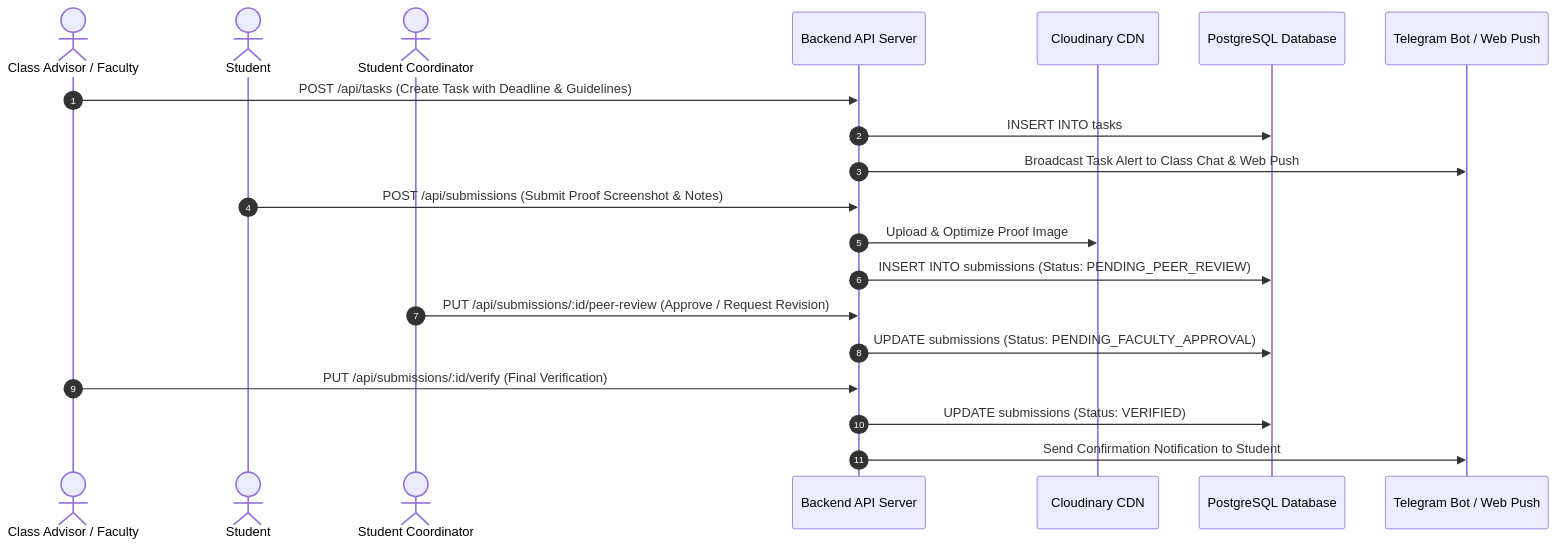
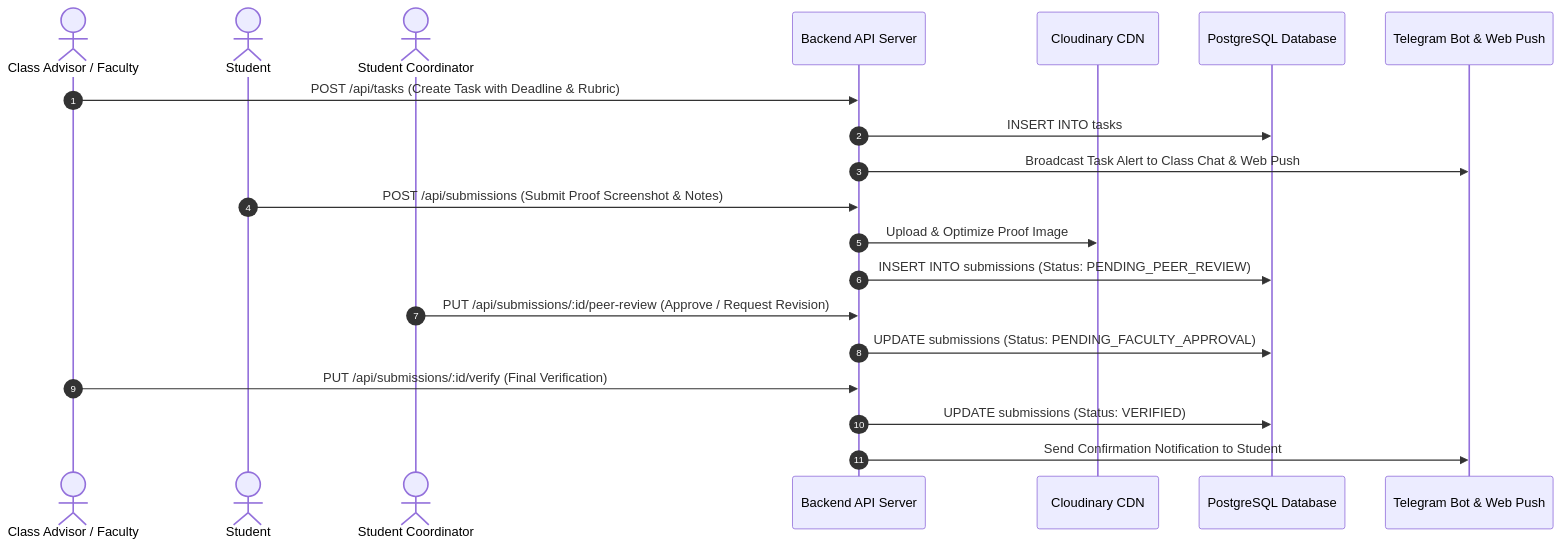
One commit to Tharun4743/taskmanager changed the second of 5 diagrams in README.md. Above: the diagram before and after it, drawn with Mermaid. The commit also changed other lines of this file and 1 other file, not shown here.

Commit message:
docs(readme): update comprehensive system architecture and fix(scheduler): non-blocking renderping with lock rollback

````diff
--- a/README.md
+++ b/README.md
@@ -114,26 +137,26 @@
 ```mermaid
 sequenceDiagram
     autonumber
     actor Advisor as Class Advisor / Faculty
     actor Student as Student
     actor Coord as Student Coordinator
     participant Server as Backend API Server
     participant Cloudinary as Cloudinary CDN
     participant DB as PostgreSQL Database
-    participant Telegram as Telegram Bot / Web Push
+    participant Alerts as Telegram Bot & Web Push
 
-    Advisor->>Server: POST /api/tasks (Create Task with Deadline & Guidelines)
+    Advisor->>Server: POST /api/tasks (Create Task with Deadline & Rubric)
     Server->>DB: INSERT INTO tasks
-    Server->>Telegram: Broadcast Task Alert to Class Chat & Web Push
+    Server->>Alerts: Broadcast Task Alert to Class Chat & Web Push
     
     Student->>Server: POST /api/submissions (Submit Proof Screenshot & Notes)
     Server->>Cloudinary: Upload & Optimize Proof Image
     Server->>DB: INSERT INTO submissions (Status: PENDING_PEER_REVIEW)
     
     Coord->>Server: PUT /api/submissions/:id/peer-review (Approve / Request Revision)
     Server->>DB: UPDATE submissions (Status: PENDING_FACULTY_APPROVAL)
     
     Advisor->>Server: PUT /api/submissions/:id/verify (Final Verification)
     Server->>DB: UPDATE submissions (Status: VERIFIED)
-    Server->>Telegram: Send Confirmation Notification to Student
+    Server->>Alerts: Send Confirmation Notification to Student
 ```
````
